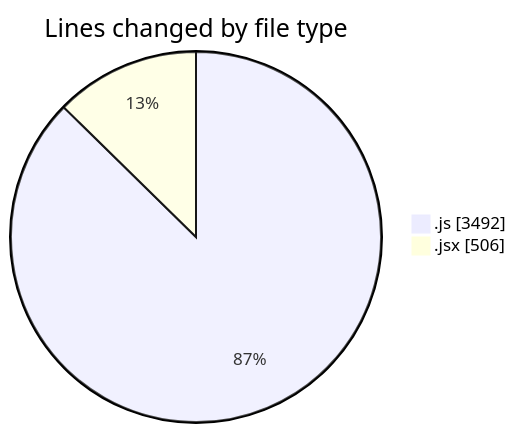
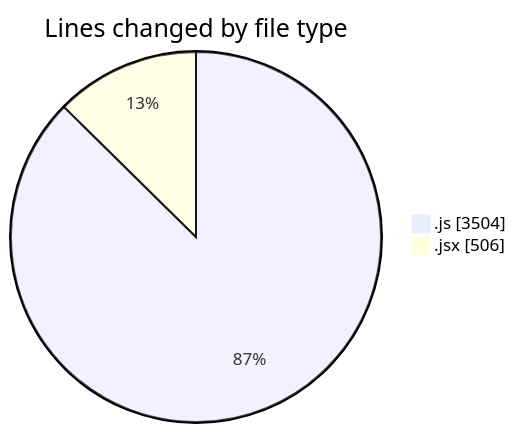
One commit to nxtqubesakshisongat/code-tracking changed the first of 2 diagrams in 2025-07-27/nxtqube_webapp/README.md. Above: the diagram before and after it, drawn with Mermaid. The commit also changed other lines of this file and 1 other file, not shown here.

````diff
--- a/2025-07-27/nxtqube_webapp/README.md
+++ b/2025-07-27/nxtqube_webapp/README.md
@@ -29,6 +29,6 @@
 ```mermaid
 pie showData
 title Lines changed by file type
-".js" : 3492
+".js" : 3504
 ".jsx" : 506
 ```
````
